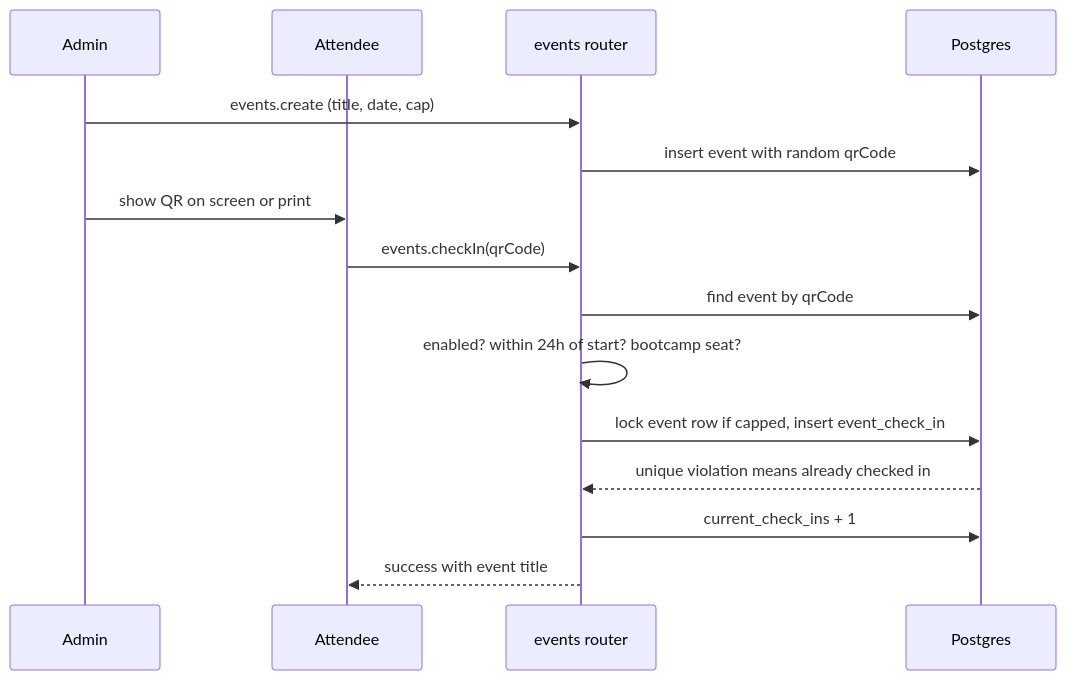
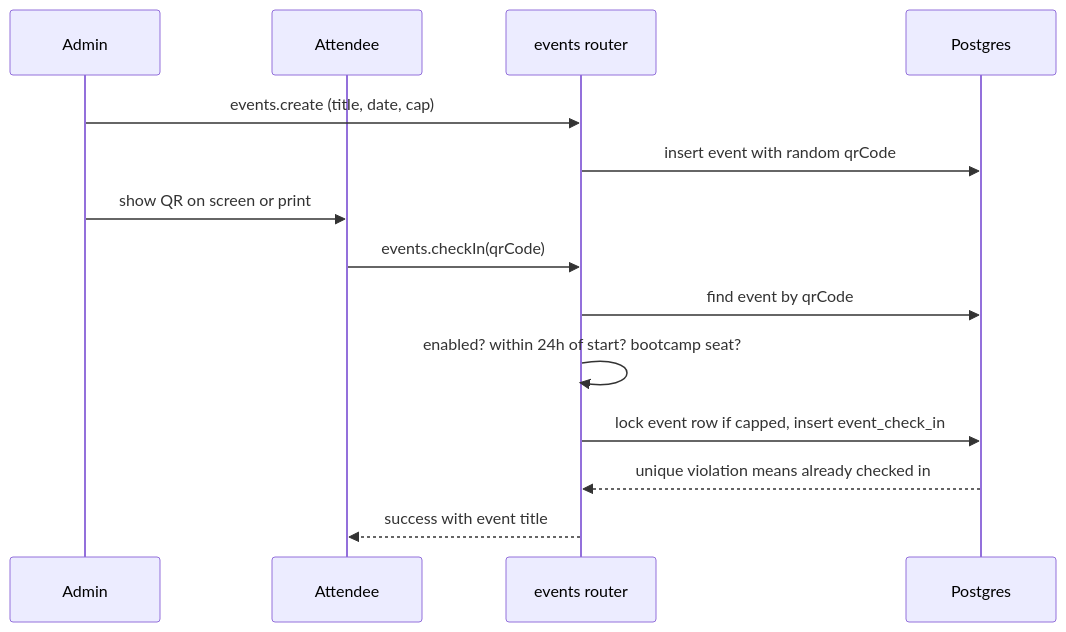
One commit to DataScience-GT/query changed the diagram in docs/features/events.md. Above: the diagram before and after it, drawn with Mermaid. The commit also changed other lines of this file and 26 other files, not shown here.

First line of the commit message:
fix(api): count check-ins, team members and seats from their rows

````diff
--- a/docs/features/events.md
+++ b/docs/features/events.md
@@ -24,17 +24,16 @@
 ```mermaid
 sequenceDiagram
   participant Staff as Admin
   participant Door as Attendee
   participant API as events router
   participant DB as Postgres
   Staff->>API: events.create (title, date, cap)
   API->>DB: insert event with random qrCode
   Staff->>Door: show QR on screen or print
   Door->>API: events.checkIn(qrCode)
   API->>DB: find event by qrCode
   API->>API: enabled? within 24h of start? bootcamp seat?
   API->>DB: lock event row if capped, insert event_check_in
   DB-->>API: unique violation means already checked in
-  API->>DB: current_check_ins + 1
   API-->>Door: success with event title
 ```
````
